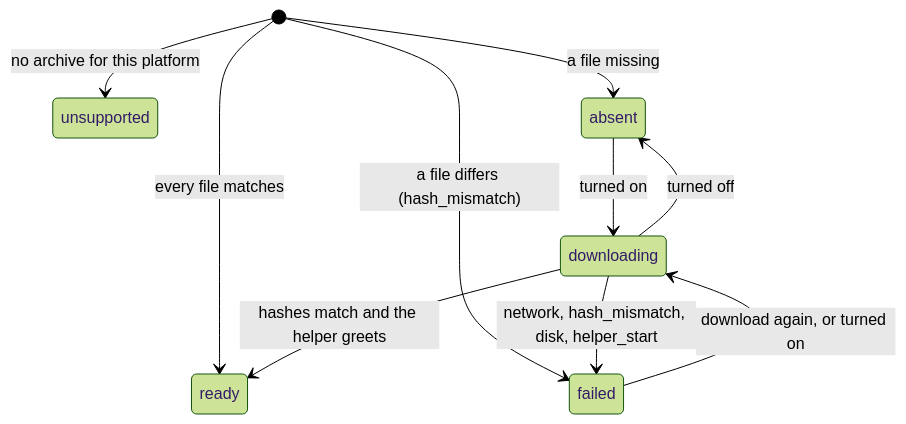
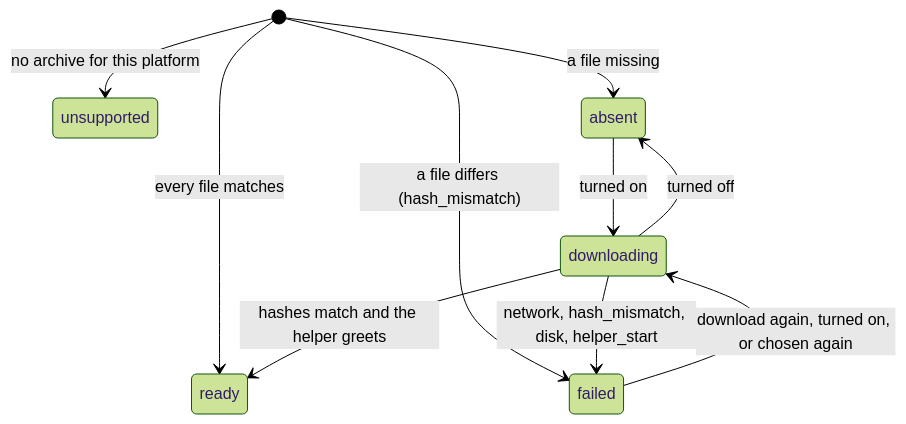
One commit to syudead/vv changed the third of 5 diagrams in docs/design-docs/face-recognition.md. Above: the diagram before and after it, drawn with Mermaid (forest theme). The commit also changed other lines of this file and 2 other files, not shown here.

````diff
--- a/docs/design-docs/face-recognition.md
+++ b/docs/design-docs/face-recognition.md
@@ -149,12 +156,12 @@
 ```mermaid
 stateDiagram-v2
   [*] --> unsupported: no archive for this platform
   [*] --> absent: a file missing
   [*] --> ready: every file matches
   [*] --> failed: a file differs (hash_mismatch)
   absent --> downloading: turned on
-  failed --> downloading: download again, or turned on
+  failed --> downloading: download again, turned on, or chosen again
   downloading --> ready: hashes match and the helper greets
   downloading --> failed: network, hash_mismatch, disk, helper_start
   downloading --> absent: turned off
 ```
````
